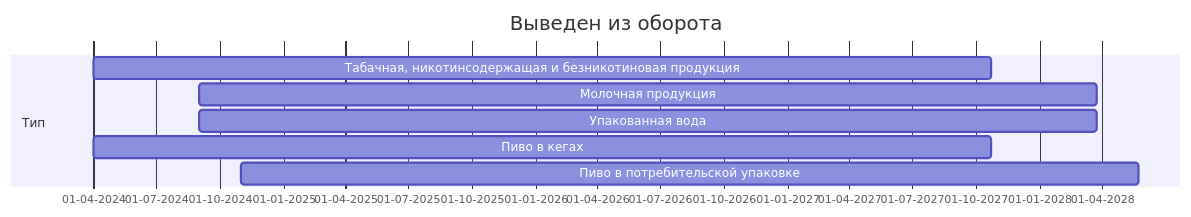
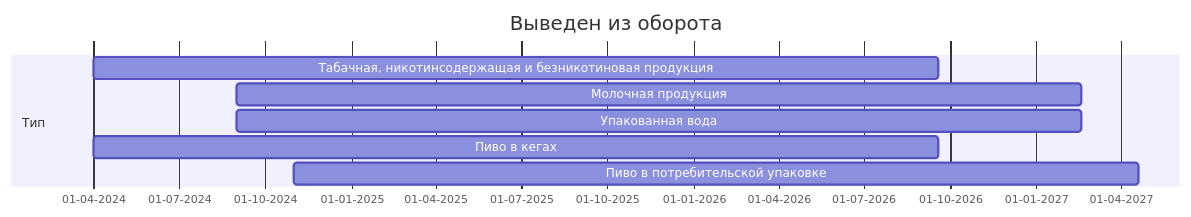
Before and after one commit to itidasoft/wiki: the second of 7 diagrams in imark/ppr1944.md, drawn with Mermaid. The commit also changed other lines of this file, not shown here.

````diff
--- a/imark/ppr1944.md
+++ b/imark/ppr1944.md
@@ -209,12 +209,12 @@
 ```mermaid
 gantt
 	title Выведен из оборота
   dateFormat DD-MM-YYYY
   axisFormat %d-%m-%Y
   section Тип  
-  	Табачная, никотинсодержащая и безникотиновая продукция          :a1, 01-04-2024, 1300d
-    Молочная продукция    :a2, 01-09-2024, 1300d
-    Упакованная вода   :a3, 01-09-2024, 1300d
-    Пиво в кегах       :a4, 01-04-2024, 1300d
-    Пиво в потребительской упаковке       :a5, 01-11-2024, 1300d
+  	Табачная, никотинсодержащая и безникотиновая продукция          :a1, 01-04-2024, 900d
+    Молочная продукция    :a2, 01-09-2024, 900d
+    Упакованная вода   :a3, 01-09-2024, 900d
+    Пиво в кегах       :a4, 01-04-2024, 900d
+    Пиво в потребительской упаковке       :a5, 01-11-2024, 900d
 ```
````
